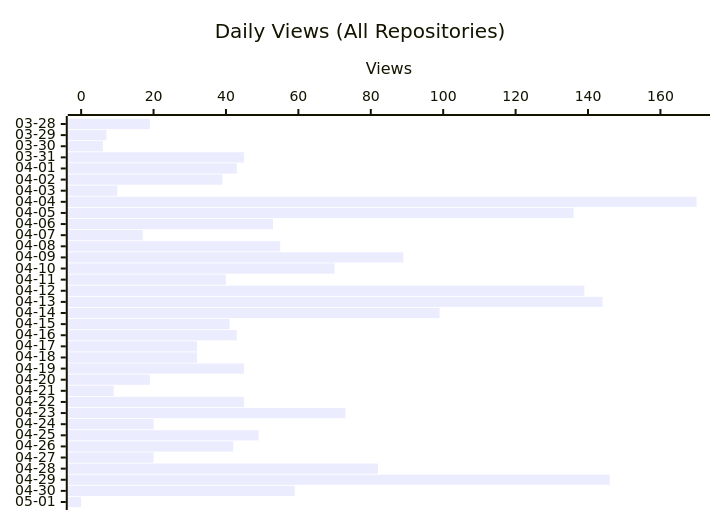
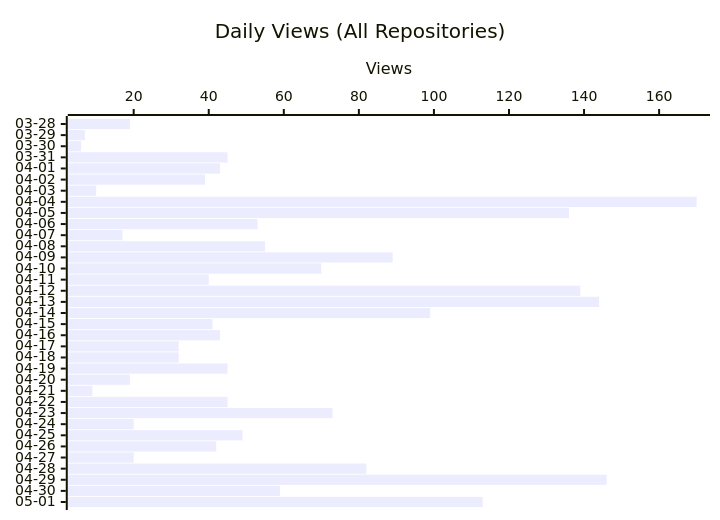
One commit to shigechika/github-insights changed the second of 3 diagrams in README.md. Above: the diagram before and after it, drawn with Mermaid. The commit also changed other lines of this file and 2 other files, not shown here.

````diff
--- a/README.md
+++ b/README.md
@@ -28,7 +28,7 @@
 ```mermaid
 xychart-beta horizontal
     title "Daily Views (All Repositories)"
     x-axis ["03-28", "03-29", "03-30", "03-31", "04-01", "04-02", "04-03", "04-04", "04-05", "04-06", "04-07", "04-08", "04-09", "04-10", "04-11", "04-12", "04-13", "04-14", "04-15", "04-16", "04-17", "04-18", "04-19", "04-20", "04-21", "04-22", "04-23", "04-24", "04-25", "04-26", "04-27", "04-28", "04-29", "04-30", "05-01"]
     y-axis "Views"
-    bar [19, 7, 6, 45, 43, 39, 10, 170, 136, 53, 17, 55, 89, 70, 40, 139, 144, 99, 41, 43, 32, 32, 45, 19, 9, 45, 73, 20, 49, 42, 20, 82, 146, 59, 0]
+    bar [19, 7, 6, 45, 43, 39, 10, 170, 136, 53, 17, 55, 89, 70, 40, 139, 144, 99, 41, 43, 32, 32, 45, 19, 9, 45, 73, 20, 49, 42, 20, 82, 146, 59, 113]
 ```
````
